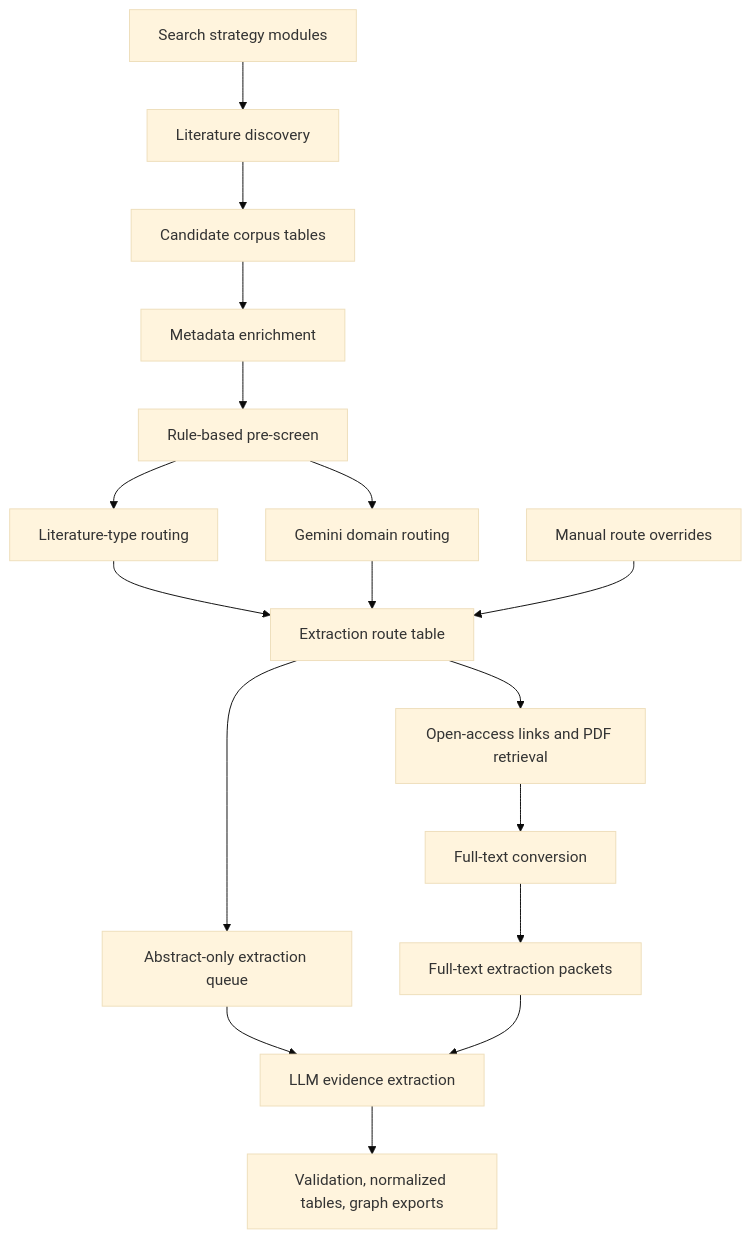
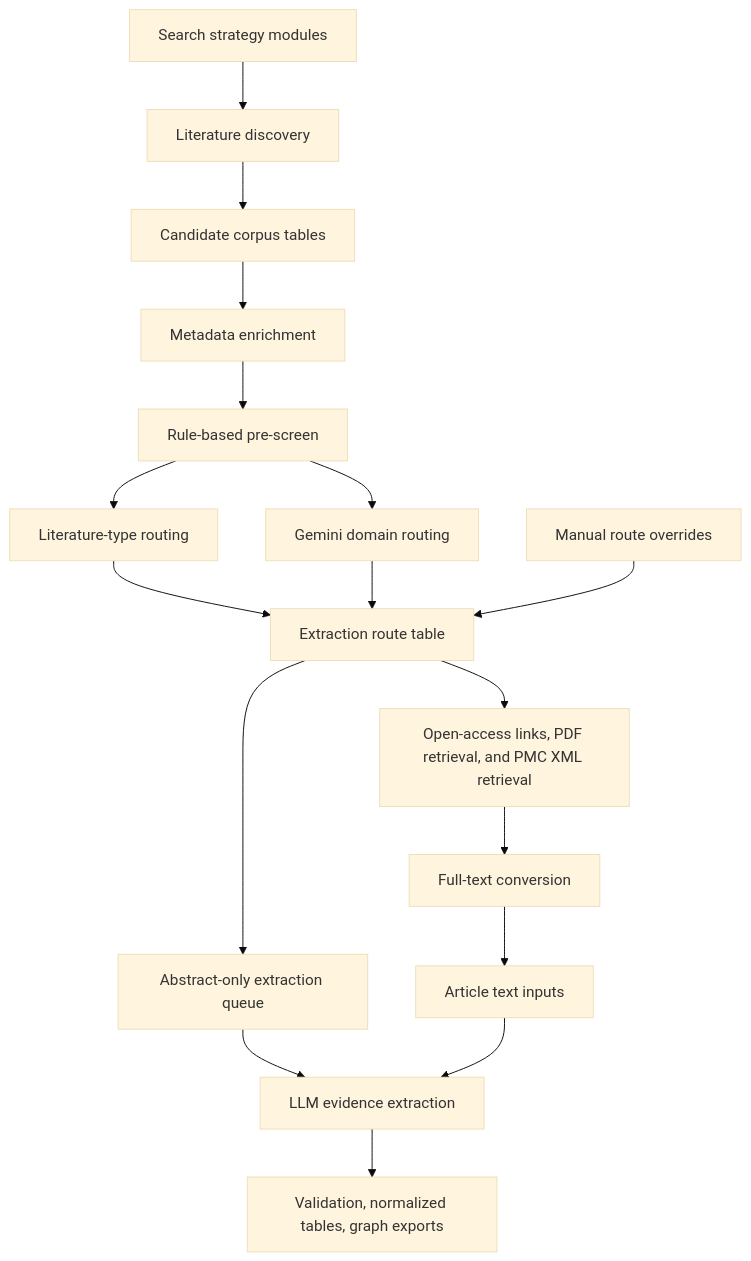
One commit to povilaskarvelis/psychedelics_knowledge_graph changed the diagram in pipeline/README.md. Above: the diagram before and after it, drawn with Mermaid (base theme). The commit also changed other lines of this file and 105 other files, not shown here.

````diff
--- a/pipeline/README.md
+++ b/pipeline/README.md
@@ -17,19 +17,19 @@
 ```mermaid
 flowchart TD
   A["Search strategy modules"] --> B["Literature discovery"]
   B --> C["Candidate corpus tables"]
   C --> D["Metadata enrichment"]
   D --> E["Rule-based pre-screen"]
   E --> F["Literature-type routing"]
   E --> G["Gemini domain routing"]
   F --> H["Extraction route table"]
   G --> H
   I["Manual route overrides"] --> H
-  H --> J["Open-access links and PDF retrieval"]
+  H --> J["Open-access links, PDF retrieval, and PMC XML retrieval"]
   J --> K["Full-text conversion"]
   H --> L["Abstract-only extraction queue"]
-  K --> M["Full-text extraction packets"]
+  K --> M["Article text inputs"]
   L --> N["LLM evidence extraction"]
   M --> N
   N --> O["Validation, normalized tables, graph exports"]
 ```
````
